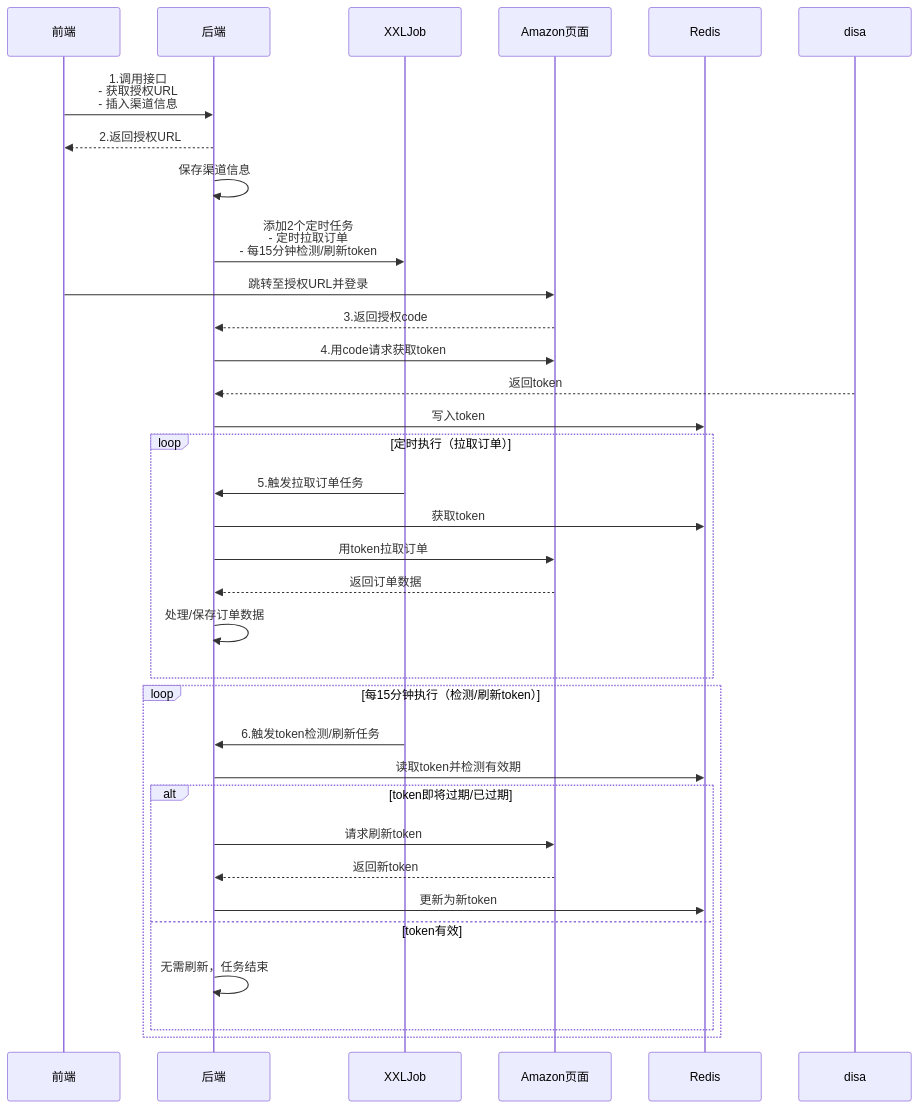
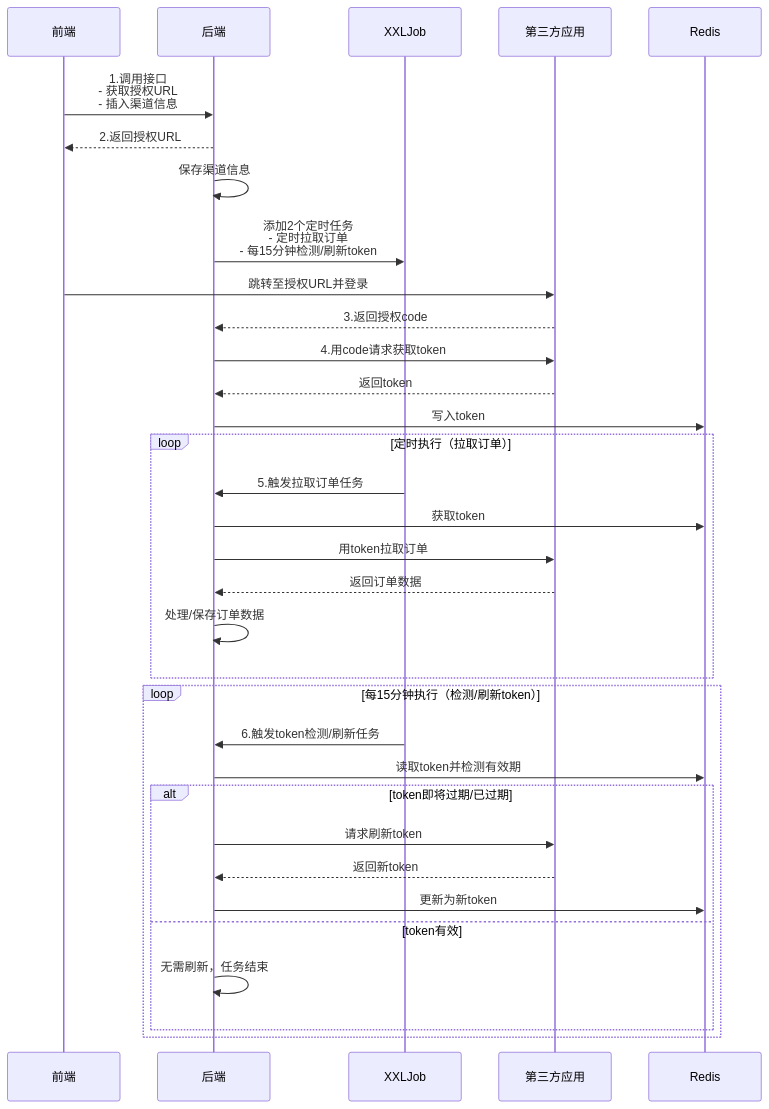
The diagram in all/未命名.md (githubliangliang/iodraw-files), drawn with Mermaid before and after one commit.

Commit message:
2026-01-29 16:32:48 update

````diff
--- a/all/未命名.md
+++ b/all/未命名.md
@@ -1,42 +1,42 @@
 ```mermaid
 sequenceDiagram
     participant 前端
     participant 后端
     participant XXLJob
-    participant Amazon页面
+    participant 第三方应用
     participant Redis
 
     %% 步骤1：前端调用后端接口（获取授权URL + 插入渠道信息）
     前端->>后端: 1.调用接口<br/>- 获取授权URL<br/>- 插入渠道信息
     %% 步骤2：后端处理并返回结果，添加定时任务
     后端-->>前端: 2.返回授权URL
     后端->>后端: 保存渠道信息
     后端->>XXLJob: 添加2个定时任务<br/>- 定时拉取订单<br/>- 每15分钟检测/刷新token
     %% 步骤3：Amazon登录授权后返回code
-    前端->>Amazon页面: 跳转至授权URL并登录
-    Amazon页面-->>后端: 3.返回授权code
+    前端->>第三方应用: 跳转至授权URL并登录
+    第三方应用-->>后端: 3.返回授权code
     %% 步骤4：后端通过code获取token并写入Redis
-    后端->>Amazon页面: 4.用code请求获取token
-    disa-->>后端: 返回token
+    后端->>第三方应用: 4.用code请求获取token
+    第三方应用-->>后端: 返回token
     后端->>Redis: 写入token
     %% 步骤5：XXLJob定时执行拉取订单任务
     loop 定时执行（拉取订单）
         XXLJob->>后端: 5.触发拉取订单任务
         后端->>Redis: 获取token
-        后端->>Amazon页面: 用token拉取订单
-        Amazon页面-->>后端: 返回订单数据
+        后端->>第三方应用: 用token拉取订单
+        第三方应用-->>后端: 返回订单数据
         后端->>后端: 处理/保存订单数据
     end
     %% 步骤6：XXLJob每15分钟检测并刷新token
     loop 每15分钟执行（检测/刷新token）
         XXLJob->>后端: 6.触发token检测/刷新任务
         后端->>Redis: 读取token并检测有效期
         alt token即将过期/已过期
-            后端->>Amazon页面: 请求刷新token
-            Amazon页面-->>后端: 返回新token
+            后端->>第三方应用: 请求刷新token
+            第三方应用-->>后端: 返回新token
             后端->>Redis: 更新为新token
         else token有效
             后端->>后端: 无需刷新，任务结束
         end
     end
 ```
````
